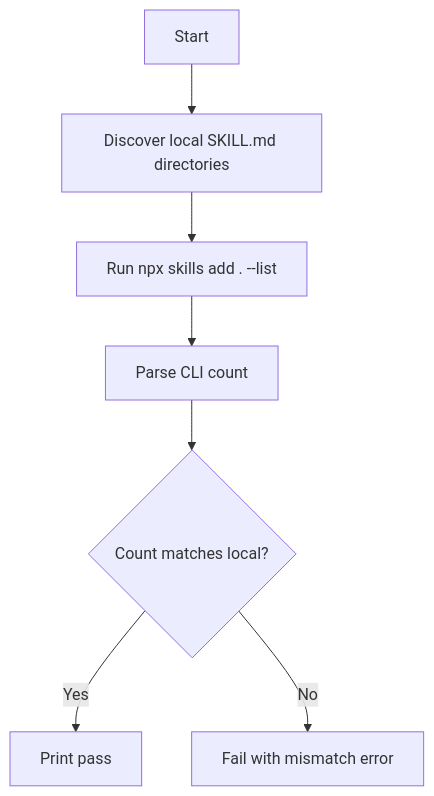
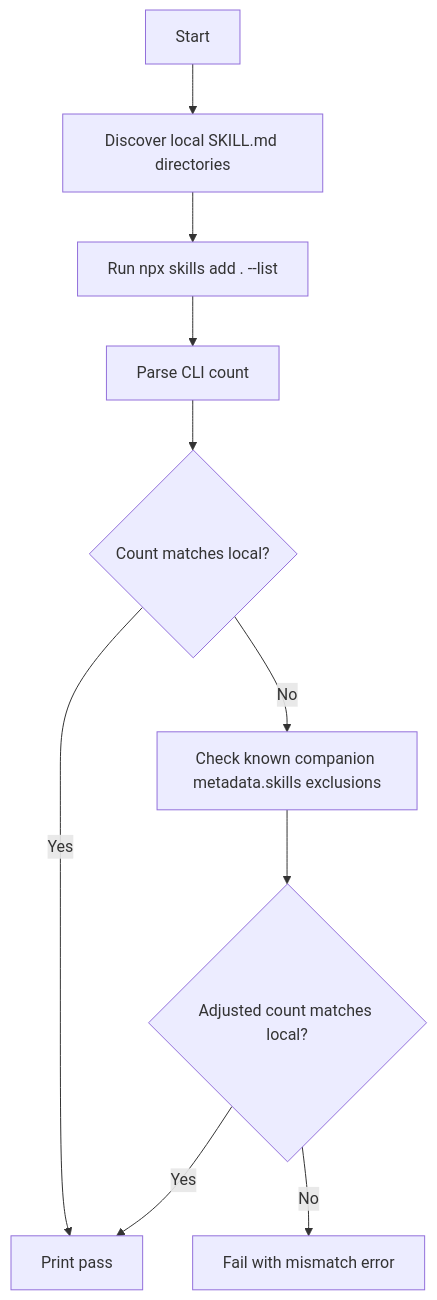
Before and after one commit to equinor/fusion-skills: the diagram in scripts/validate-skills/README.md, drawn with Mermaid. The commit also changed other lines of this file and 46 other files, not shown here.

First line of the commit message:
fix(skills): smooth task-planning MCP publish flow (#40)

````diff
--- a/scripts/validate-skills/README.md
+++ b/scripts/validate-skills/README.md
@@ -7,9 +9,12 @@
 ```mermaid
 flowchart TD
   A[Start] --> B[Discover local SKILL.md directories]
   B --> C[Run npx skills add . --list]
   C --> D[Parse CLI count]
   D --> E{Count matches local?}
   E -- Yes --> F[Print pass]
-  E -- No --> G[Fail with mismatch error]
+  E -- No --> F1[Check known companion metadata.skills exclusions]
+  F1 --> F2{Adjusted count matches local?}
+  F2 -- Yes --> F
+  F2 -- No --> G[Fail with mismatch error]
 ```
````
